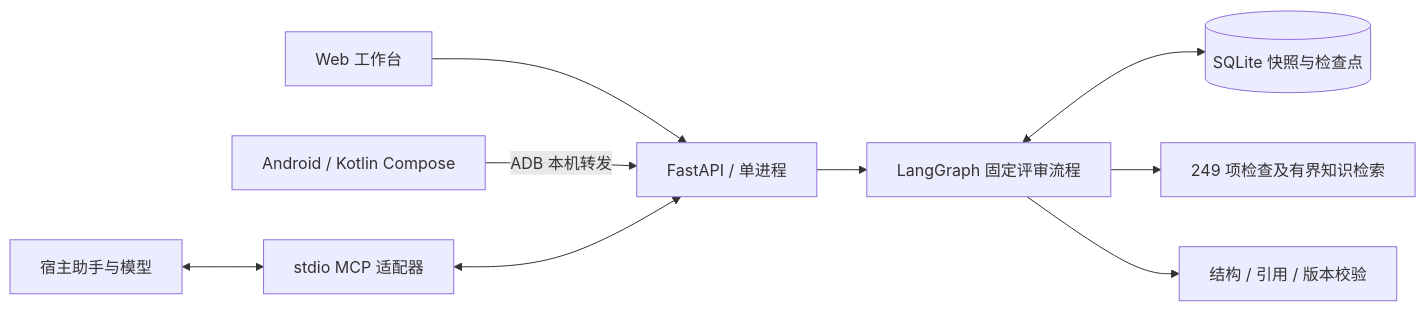
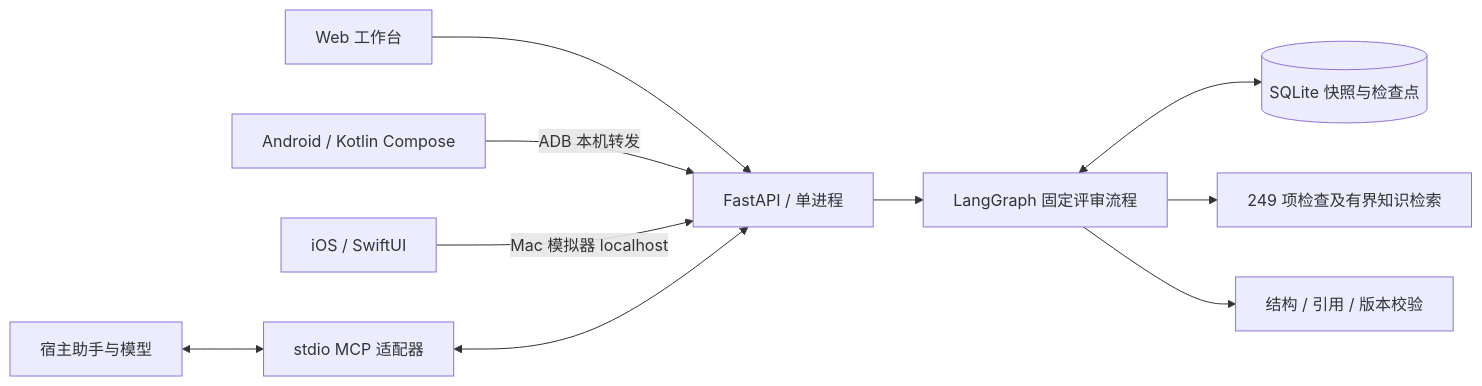
The first of 2 diagrams in docs/DESIGN.md (kuoforever/ai-workspace-mvp), drawn with Mermaid before and after one commit. The commit also changed other lines of this file and 16 other files, not shown here.

````diff
--- a/docs/DESIGN.md
+++ b/docs/DESIGN.md
@@ -5,11 +5,12 @@
 ```mermaid
 flowchart LR
     Web[Web 工作台] --> API[FastAPI / 单进程]
     Android[Android / Kotlin Compose] -->|ADB 本机转发| API
+    iOS[iOS / SwiftUI] -->|Mac 模拟器 localhost| API
     Host[宿主助手与模型] <--> MCP[stdio MCP 适配器]
     MCP <--> API
     API --> Graph[LangGraph 固定评审流程]
     Graph <--> DB[(SQLite 快照与检查点)]
     Graph --> Knowledge[249 项检查及有界知识检索]
     Graph --> Validate[结构 / 引用 / 版本校验]
 ```
````
